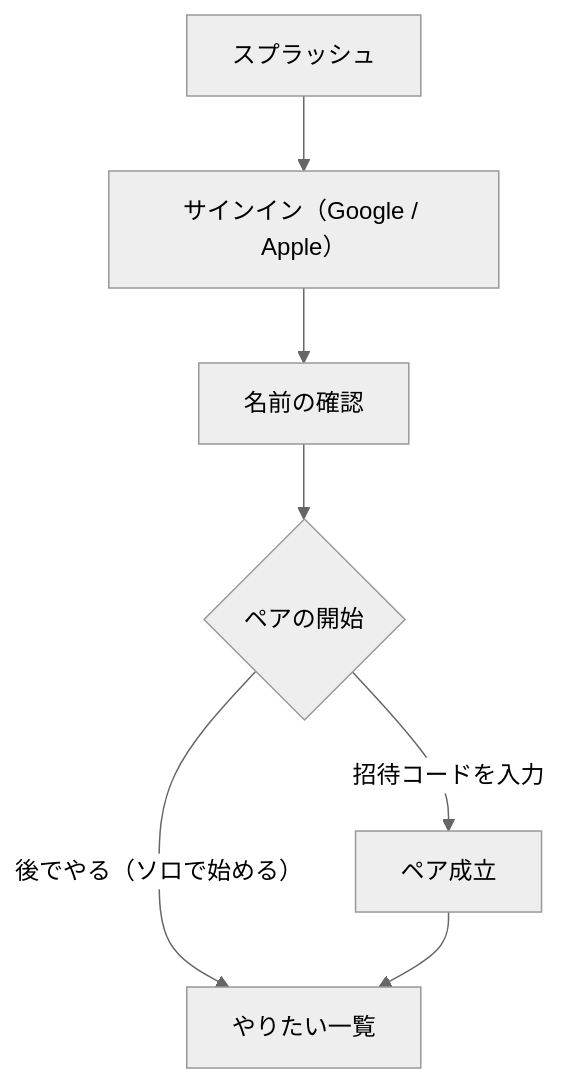
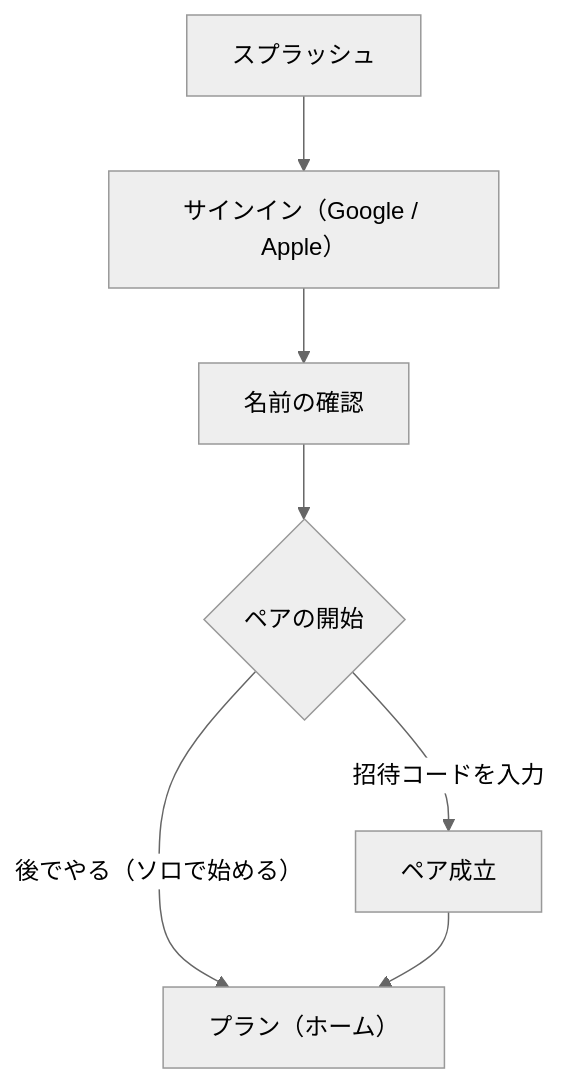
Before and after one commit to adelppi/chalo: the diagram in docs/domain/onboarding.md, drawn with Mermaid (neutral theme). The commit also changed other lines of this file and 18 other files, not shown here.

````diff
--- a/docs/domain/onboarding.md
+++ b/docs/domain/onboarding.md
@@ -8,9 +8,9 @@
 ```mermaid
 flowchart TD
     A1["スプラッシュ"] --> A2["サインイン（Google / Apple）"]
     A2 --> A3["名前の確認"]
     A3 --> A4{"ペアの開始"}
     A4 -->|"招待コードを入力"| P["ペア成立"]
-    A4 -->|"後でやる（ソロで始める）"| H["やりたい一覧"]
+    A4 -->|"後でやる（ソロで始める）"| H["プラン（ホーム）"]
     P --> H
 ```
````
